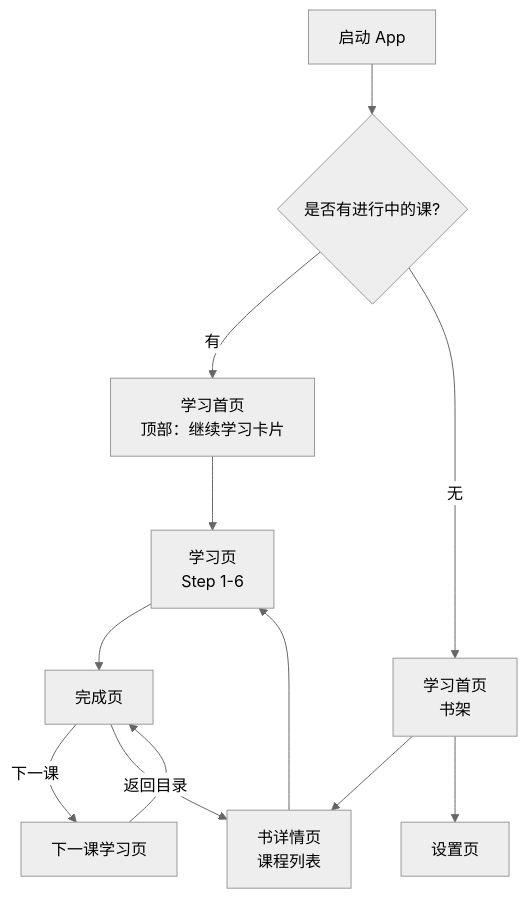
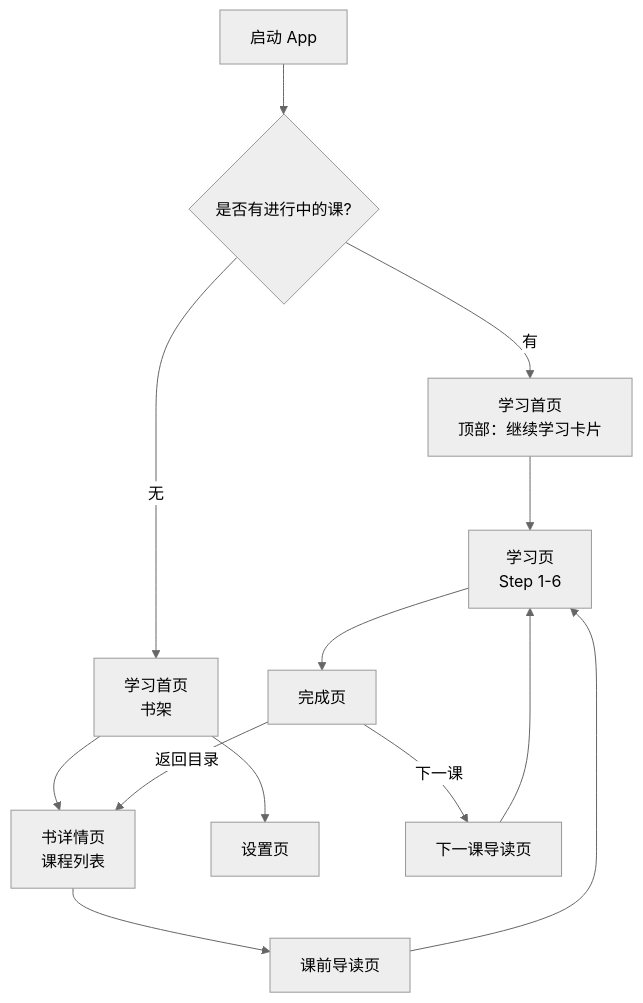
The first of 2 diagrams in docs/superpowers/specs/2026-07-01-information-architecture.md (belos-street/neo-concept), drawn with Mermaid (neutral theme) before and after one commit. The commit also changed other lines of this file and 5 other files, not shown here.

````diff
--- a/docs/superpowers/specs/2026-07-01-information-architecture.md
+++ b/docs/superpowers/specs/2026-07-01-information-architecture.md
@@ -18,15 +18,16 @@
 ```mermaid
 graph TD
     Start[启动 App] --> Home{是否有进行中的课?}
     Home -->|有| ContinueCard[学习首页<br/>顶部：继续学习卡片]
     Home -->|无| HomeShelf[学习首页<br/>书架]
 
     ContinueCard --> Lesson[学习页<br/>Step 1-6]
     HomeShelf --> BookDetail[书详情页<br/>课程列表]
     HomeShelf --> Settings[设置页]
-    BookDetail --> Lesson
+    BookDetail --> Intro[课前导读页]
+    Intro --> Lesson
     Lesson --> Finish[完成页]
-    Finish -->|下一课| LessonNext[下一课学习页]
+    Finish -->|下一课| LessonNext[下一课导读页]
     Finish -->|返回目录| BookDetail
-    LessonNext --> Finish
+    LessonNext --> Lesson
 ```
````
